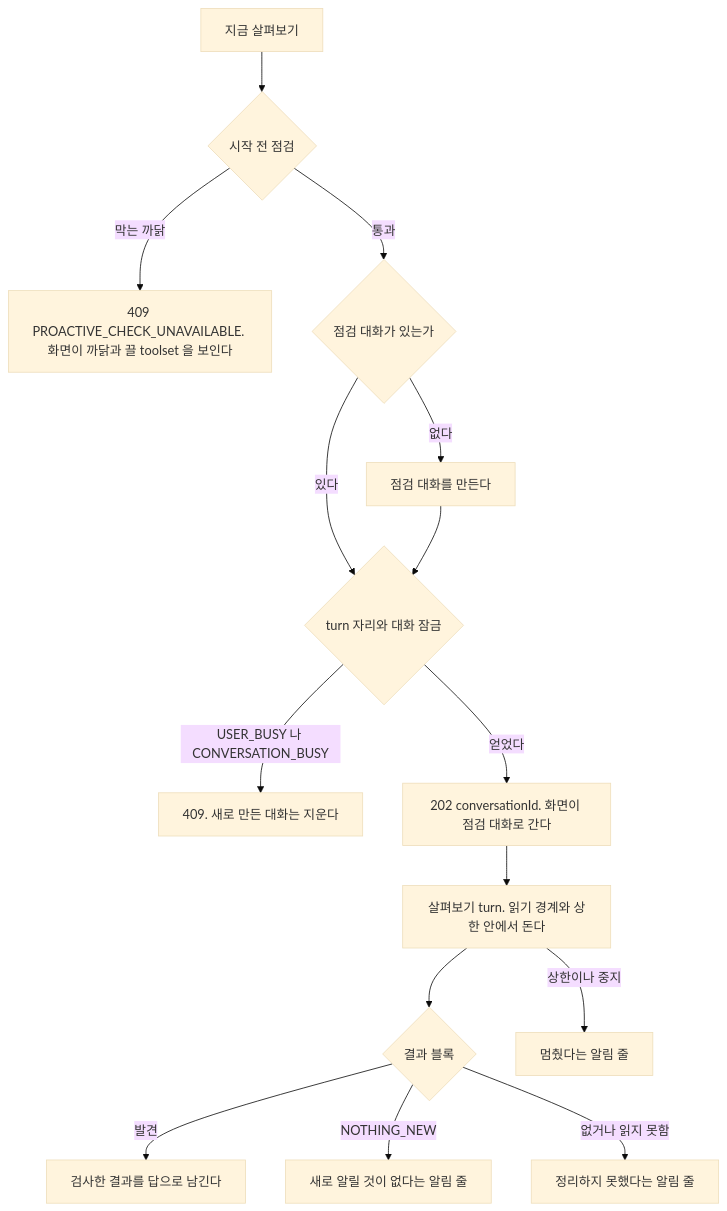
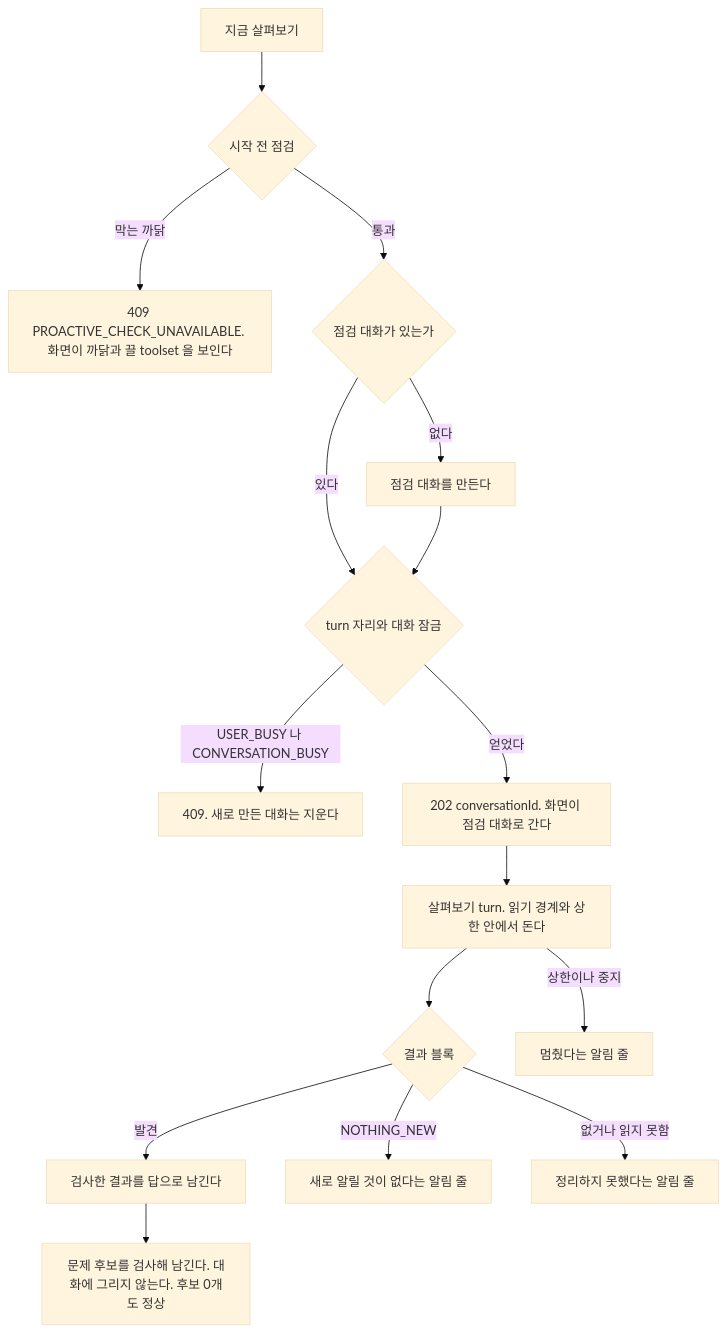
Before and after one commit to jon890/fos-assistant: the third of 6 diagrams in docs/flow.md, drawn with Mermaid (base theme). The commit also changed 10 other files, not shown here.

````diff
--- a/docs/flow.md
+++ b/docs/flow.md
@@ -149,17 +149,18 @@
 ```mermaid
 flowchart TD
     A[지금 살펴보기] --> B{시작 전 점검}
     B -- 막는 까닭 --> X[409 PROACTIVE_CHECK_UNAVAILABLE. 화면이 까닭과 끌 toolset 을 보인다]
     B -- 통과 --> C{점검 대화가 있는가}
     C -- 없다 --> D[점검 대화를 만든다]
     C -- 있다 --> E{turn 자리와 대화 잠금}
     D --> E
     E -- USER_BUSY 나 CONVERSATION_BUSY --> Y[409. 새로 만든 대화는 지운다]
     E -- 얻었다 --> F[202 conversationId. 화면이 점검 대화로 간다]
     F --> G[살펴보기 turn. 읽기 경계와 상한 안에서 돈다]
     G --> H{결과 블록}
     H -- 발견 --> I[검사한 결과를 답으로 남긴다]
+    I --> P[문제 후보를 검사해 남긴다. 대화에 그리지 않는다. 후보 0개도 정상]
     H -- NOTHING_NEW --> J[새로 알릴 것이 없다는 알림 줄]
     H -- 없거나 읽지 못함 --> K[정리하지 못했다는 알림 줄]
     G -- 상한이나 중지 --> L[멈췄다는 알림 줄]
 ```
````
